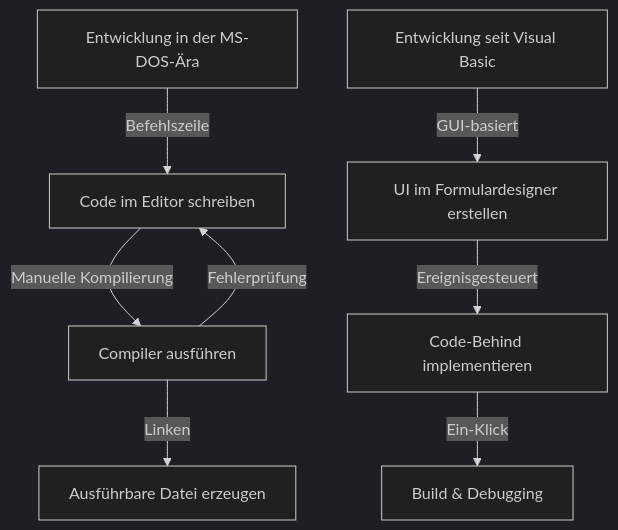
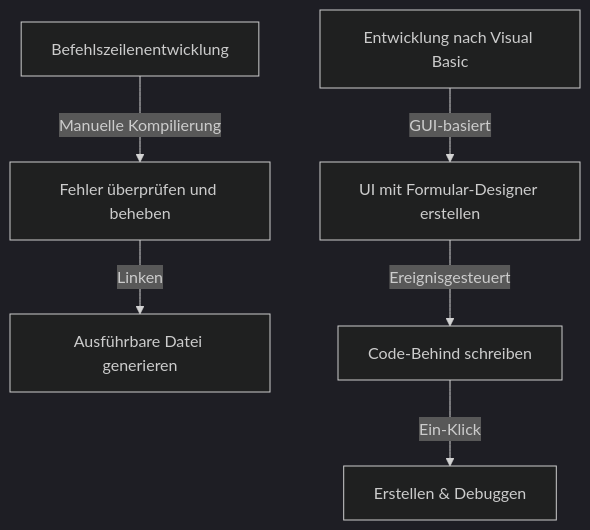
The first of 2 diagrams in content/post/history-of-visual-studio/index.de.md (kenjinote/blog), drawn with Mermaid (dark theme) before and after one commit. The commit also changed other lines of this file and 129 other files, not shown here.

````diff
--- a/content/post/history-of-visual-studio/index.de.md
+++ b/content/post/history-of-visual-studio/index.de.md
@@ -32,11 +29,9 @@
 ```mermaid
 graph TD
-    A["Entwicklung in der MS-DOS-Ära"] -- "Befehlszeile" --> B["Code im Editor schreiben"]
-    B -- "Manuelle Kompilierung" --> C["Compiler ausführen"]
-    C -- "Fehlerprüfung" --> B
-    C -- "Linken" --> D["Ausführbare Datei erzeugen"]
+    A["Befehlszeilenentwicklung"] -- "Manuelle Kompilierung" --> B["Fehler überprüfen und beheben"]
+    B -- "Linken" --> C["Ausführbare Datei generieren"]
     
-    E["Entwicklung seit Visual Basic"] -- "GUI-basiert" --> F["UI im Formulardesigner erstellen"]
-    F -- "Ereignisgesteuert" --> G["Code-Behind implementieren"]
-    G -- "Ein-Klick" --> H["Build & Debugging"]
+    D["Entwicklung nach Visual Basic"] -- "GUI-basiert" --> E["UI mit Formular-Designer erstellen"]
+    E -- "Ereignisgesteuert" --> F["Code-Behind schreiben"]
+    F -- "Ein-Klick" --> G["Erstellen & Debuggen"]
 ```
````
